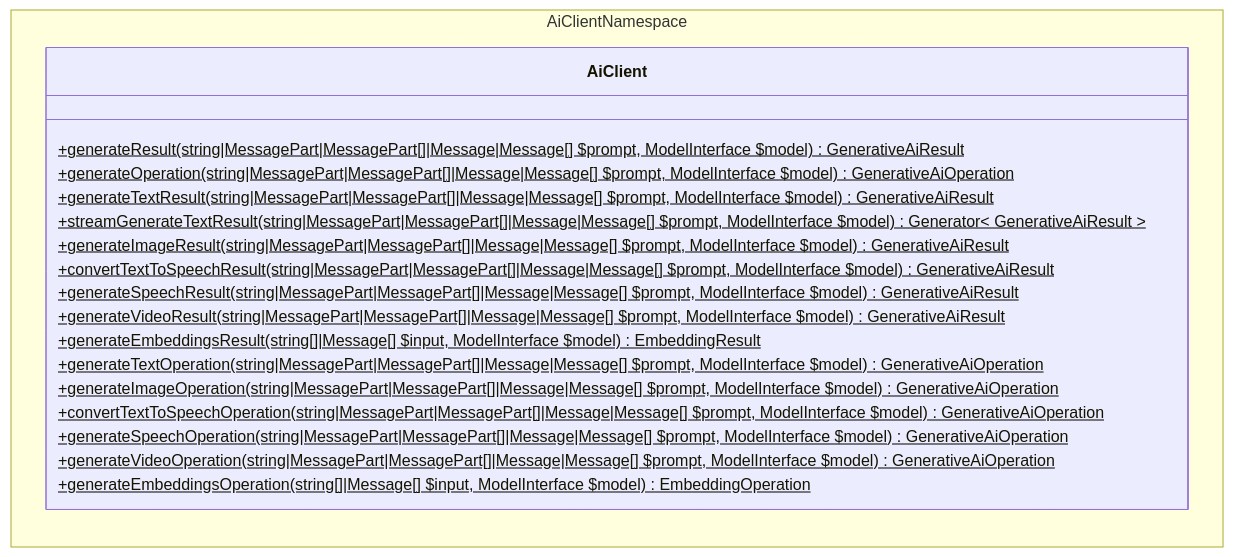
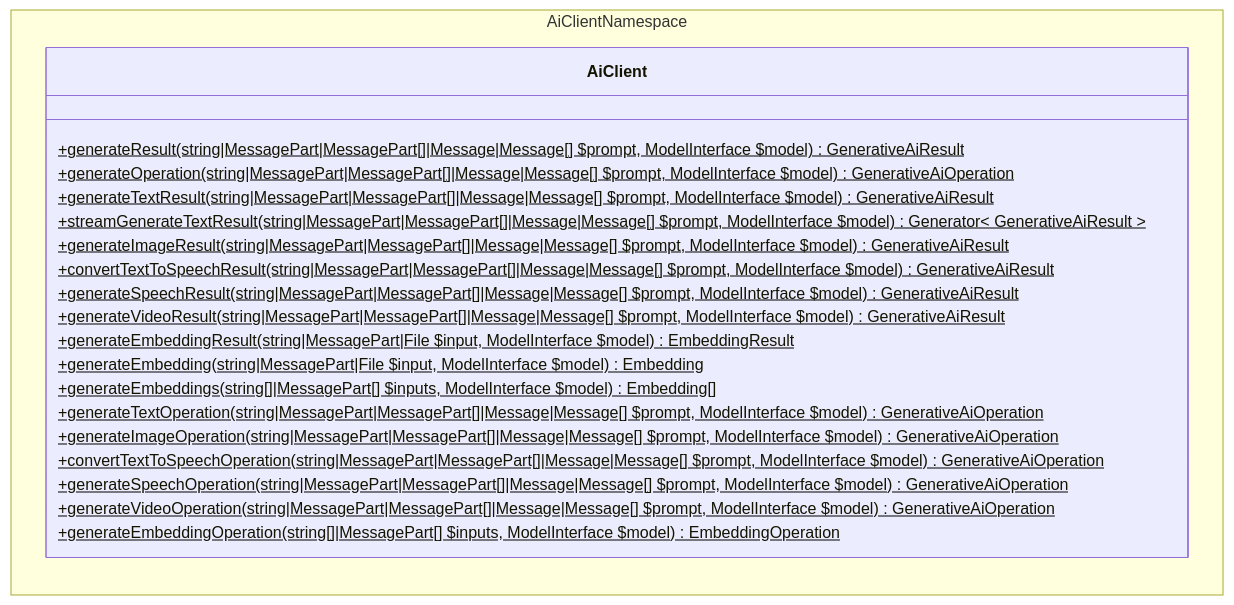
Before and after one commit to WordPress/php-ai-client: the second of 6 diagrams in docs/ARCHITECTURE.md, drawn with Mermaid. The commit also changed other lines of this file and 3 other files, not shown here.

````diff
--- a/docs/ARCHITECTURE.md
+++ b/docs/ARCHITECTURE.md
@@ -395,28 +446,30 @@
 ```mermaid
 ---
 config:
   class:
     hideEmptyMembersBox: true
 ---
 classDiagram
 direction LR
     namespace AiClientNamespace {
         class AiClient {
             +generateResult(string|MessagePart|MessagePart[]|Message|Message[] $prompt, ModelInterface $model) GenerativeAiResult$
             +generateOperation(string|MessagePart|MessagePart[]|Message|Message[] $prompt, ModelInterface $model) GenerativeAiOperation$
             +generateTextResult(string|MessagePart|MessagePart[]|Message|Message[] $prompt, ModelInterface $model) GenerativeAiResult$
             +streamGenerateTextResult(string|MessagePart|MessagePart[]|Message|Message[] $prompt, ModelInterface $model) Generator< GenerativeAiResult >$
             +generateImageResult(string|MessagePart|MessagePart[]|Message|Message[] $prompt, ModelInterface $model) GenerativeAiResult$
             +convertTextToSpeechResult(string|MessagePart|MessagePart[]|Message|Message[] $prompt, ModelInterface $model) GenerativeAiResult$
             +generateSpeechResult(string|MessagePart|MessagePart[]|Message|Message[] $prompt, ModelInterface $model) GenerativeAiResult$
             +generateVideoResult(string|MessagePart|MessagePart[]|Message|Message[] $prompt, ModelInterface $model) GenerativeAiResult$
-            +generateEmbeddingsResult(string[]|Message[] $input, ModelInterface $model) EmbeddingResult$
+            +generateEmbeddingResult(string|MessagePart|File $input, ModelInterface $model) EmbeddingResult$
+            +generateEmbedding(string|MessagePart|File $input, ModelInterface $model) Embedding$
+            +generateEmbeddings(string[]|MessagePart[] $inputs, ModelInterface $model) Embedding[]$
             +generateTextOperation(string|MessagePart|MessagePart[]|Message|Message[] $prompt, ModelInterface $model) GenerativeAiOperation$
             +generateImageOperation(string|MessagePart|MessagePart[]|Message|Message[] $prompt, ModelInterface $model) GenerativeAiOperation$
             +convertTextToSpeechOperation(string|MessagePart|MessagePart[]|Message|Message[] $prompt, ModelInterface $model) GenerativeAiOperation$
             +generateSpeechOperation(string|MessagePart|MessagePart[]|Message|Message[] $prompt, ModelInterface $model) GenerativeAiOperation$
             +generateVideoOperation(string|MessagePart|MessagePart[]|Message|Message[] $prompt, ModelInterface $model) GenerativeAiOperation$
-            +generateEmbeddingsOperation(string[]|Message[] $input, ModelInterface $model) EmbeddingOperation$
+            +generateEmbeddingOperation(string[]|MessagePart[] $inputs, ModelInterface $model) EmbeddingOperation$
         }
     }
 ```
````
